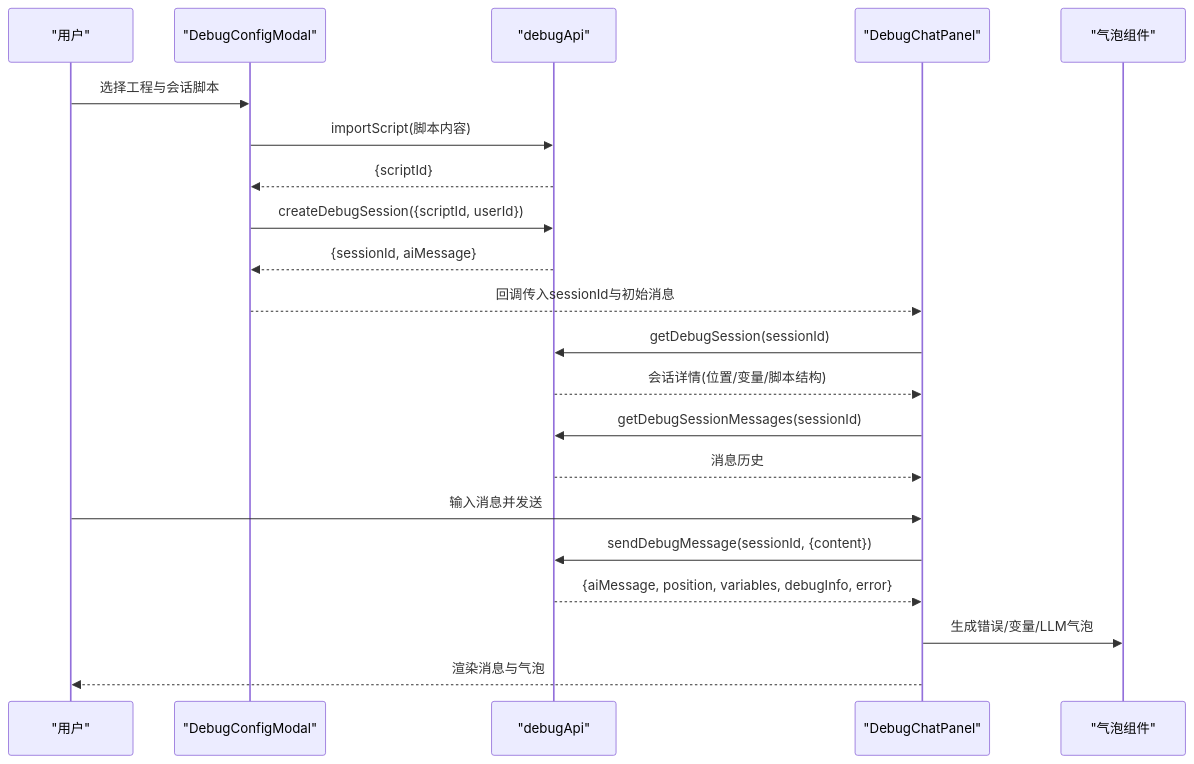
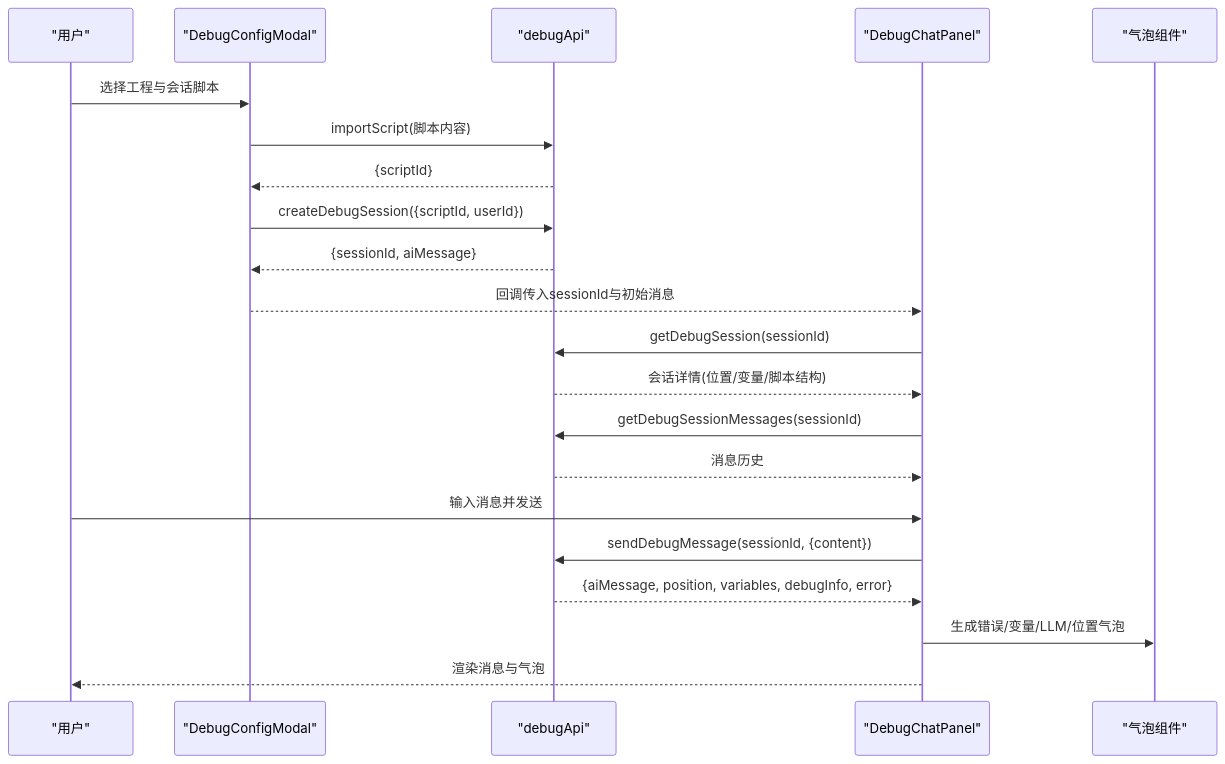
The second of 11 diagrams in .qoder/repowiki/zh/content/脚本编辑器/调试工具.md (EverettCamus/HeartRule-Qoder), drawn with Mermaid before and after one commit. The commit also changed other lines of this file and 40 other files, not shown here.

````diff
--- a/.qoder/repowiki/zh/content/脚本编辑器/调试工具.md
+++ b/.qoder/repowiki/zh/content/脚本编辑器/调试工具.md
@@ -124,23 +139,23 @@
 ```mermaid
 sequenceDiagram
 participant U as "用户"
 participant Cfg as "DebugConfigModal"
 participant API as "debugApi"
 participant Panel as "DebugChatPanel"
 participant B as "气泡组件"
 U->>Cfg : 选择工程与会话脚本
 Cfg->>API : importScript(脚本内容)
 API-->>Cfg : {scriptId}
 Cfg->>API : createDebugSession({scriptId, userId})
 API-->>Cfg : {sessionId, aiMessage}
 Cfg-->>Panel : 回调传入sessionId与初始消息
 Panel->>API : getDebugSession(sessionId)
 API-->>Panel : 会话详情(位置/变量/脚本结构)
 Panel->>API : getDebugSessionMessages(sessionId)
 API-->>Panel : 消息历史
 U->>Panel : 输入消息并发送
 Panel->>API : sendDebugMessage(sessionId, {content})
 API-->>Panel : {aiMessage, position, variables, debugInfo, error}
-Panel->>B : 生成错误/变量/LLM气泡
+Panel->>B : 生成错误/变量/LLM/位置气泡
 Panel-->>U : 渲染消息与气泡
 ```
````
